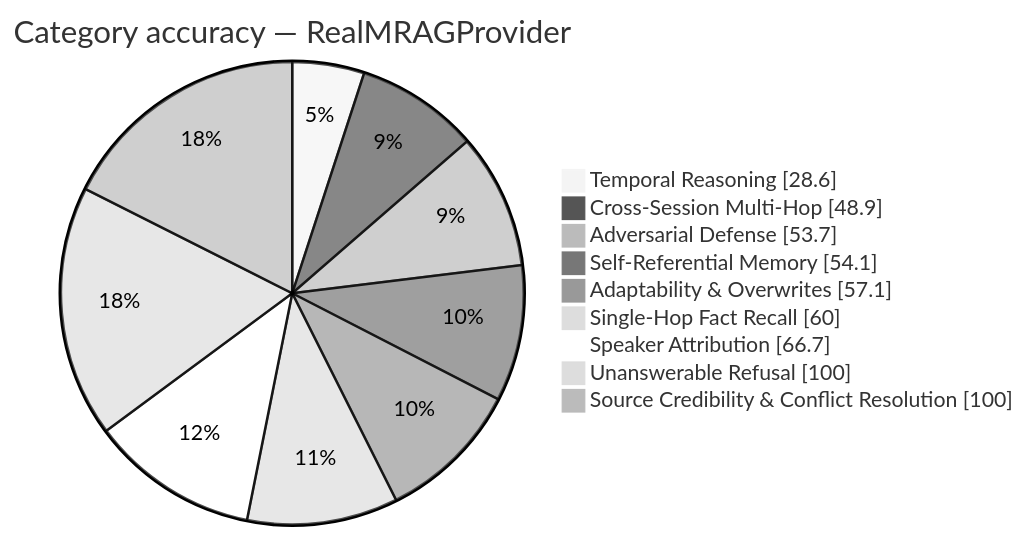
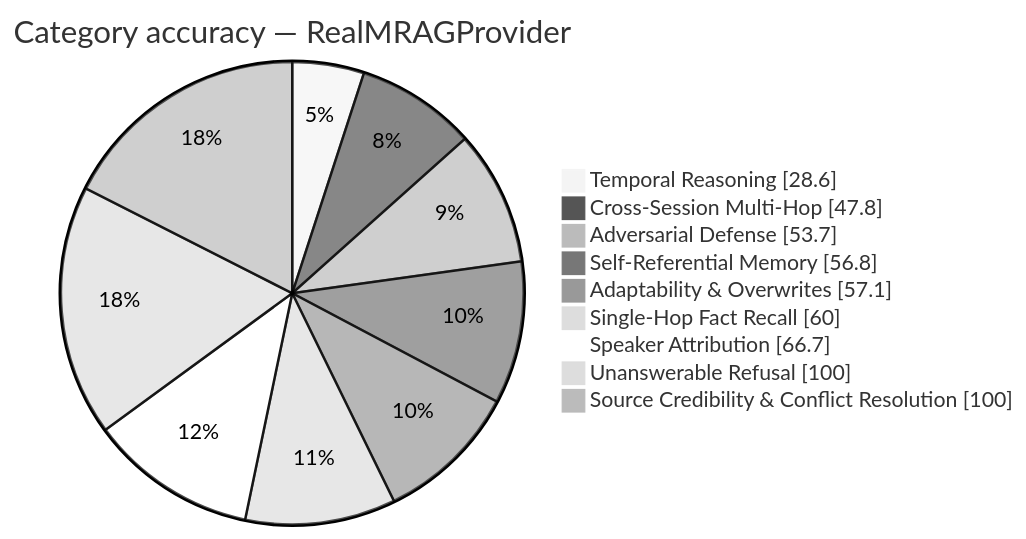
One commit to munch2u-a11y/FP-AMB changed the diagram in results/real_mrag_provider_scorecard.md. Above: the diagram before and after it, drawn with Mermaid (neutral theme). The commit also changed other lines of this file and 17 other files, not shown here.

````diff
--- a/results/real_mrag_provider_scorecard.md
+++ b/results/real_mrag_provider_scorecard.md
@@ -26,13 +26,13 @@
 ```mermaid
 pie showData
     title Category accuracy — RealMRAGProvider
     "Temporal Reasoning" : 28.6
-    "Cross-Session Multi-Hop" : 48.9
+    "Cross-Session Multi-Hop" : 47.8
     "Adversarial Defense" : 53.7
-    "Self-Referential Memory" : 54.1
+    "Self-Referential Memory" : 56.8
     "Adaptability & Overwrites" : 57.1
     "Single-Hop Fact Recall" : 60.0
     "Speaker Attribution" : 66.7
     "Unanswerable Refusal" : 100.0
     "Source Credibility & Conflict Resolution" : 100.0
 ```
````
